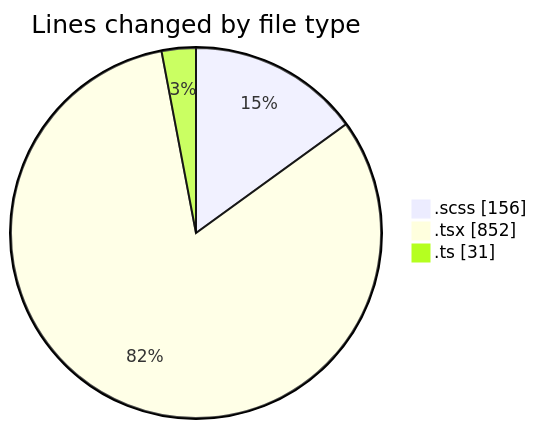
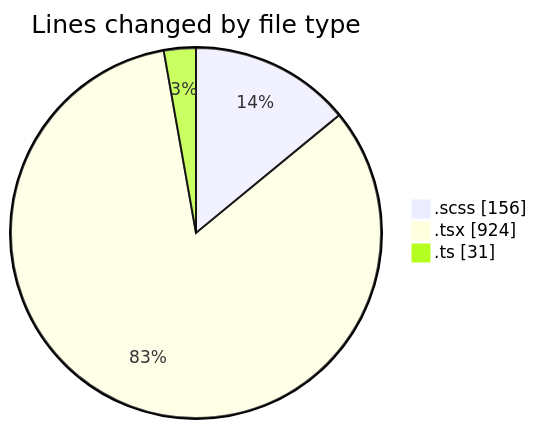
The first of 2 diagrams in 2025-02-10/cda/README.md (momahboobian/code-tracking), drawn with Mermaid before and after one commit. The commit also changed other lines of this file and 1 other file, not shown here.

````diff
--- a/2025-02-10/cda/README.md
+++ b/2025-02-10/cda/README.md
@@ -25,7 +25,7 @@
 ```mermaid
 pie showData
 title Lines changed by file type
 ".scss" : 156
-".tsx" : 852
+".tsx" : 924
 ".ts" : 31
 ```
````
